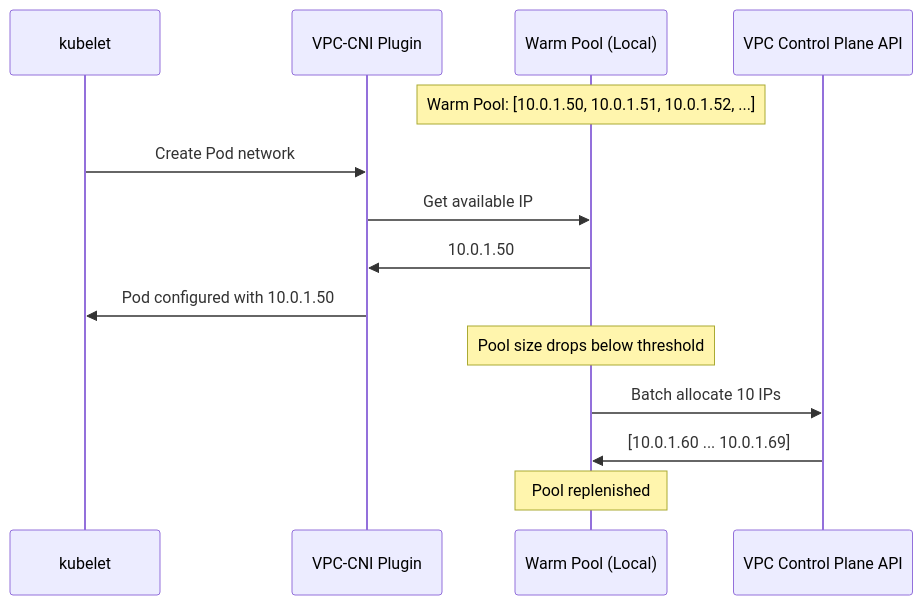
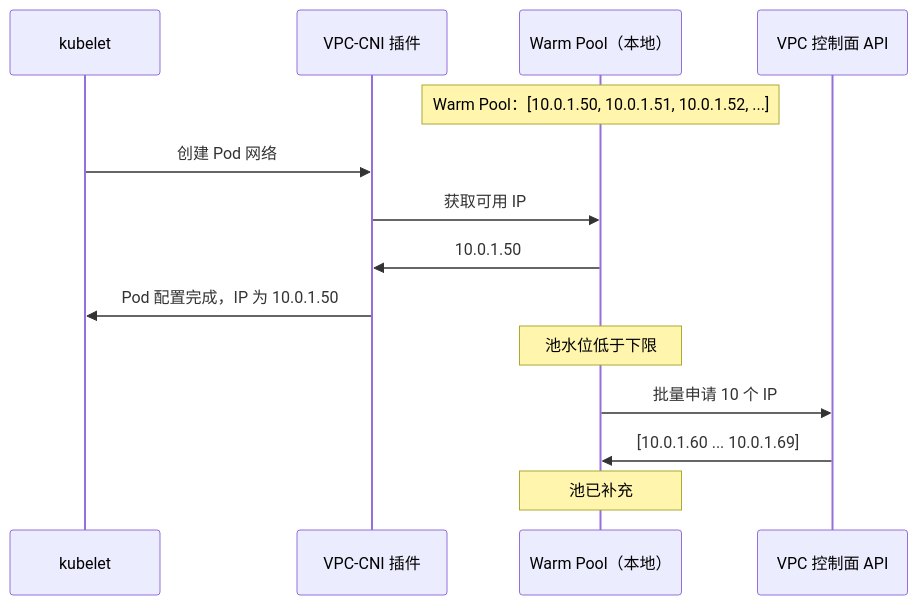
Before and after one commit to caozhiyi/network-book: the third of 6 diagrams in docs/12.容器加入VPC之Pod如何获得VPC_IP.md, drawn with Mermaid. The commit also changed other lines of this file and 77 other files, not shown here.

````diff
--- a/docs/12.容器加入VPC之Pod如何获得VPC_IP.md
+++ b/docs/12.容器加入VPC之Pod如何获得VPC_IP.md
@@ -161,20 +159,20 @@
 ```mermaid
 sequenceDiagram
     participant K as kubelet
-    participant CNI as VPC-CNI Plugin
-    participant Pool as Warm Pool (Local)
-    participant API as VPC Control Plane API
+    participant CNI as VPC-CNI 插件
+    participant Pool as Warm Pool（本地）
+    participant API as VPC 控制面 API
 
-    Note over Pool: Warm Pool: [10.0.1.50, 10.0.1.51, 10.0.1.52, ...]
+    Note over Pool: Warm Pool：[10.0.1.50, 10.0.1.51, 10.0.1.52, ...]
 
-    K->>CNI: Create Pod network
-    CNI->>Pool: Get available IP
+    K->>CNI: 创建 Pod 网络
+    CNI->>Pool: 获取可用 IP
     Pool->>CNI: 10.0.1.50
-    CNI->>K: Pod configured with 10.0.1.50
+    CNI->>K: Pod 配置完成，IP 为 10.0.1.50
 
-    Note over Pool: Pool size drops below threshold
+    Note over Pool: 池水位低于下限
 
-    Pool->>API: Batch allocate 10 IPs
+    Pool->>API: 批量申请 10 个 IP
     API->>Pool: [10.0.1.60 ... 10.0.1.69]
-    Note over Pool: Pool replenished
+    Note over Pool: 池已补充
 ```
````
